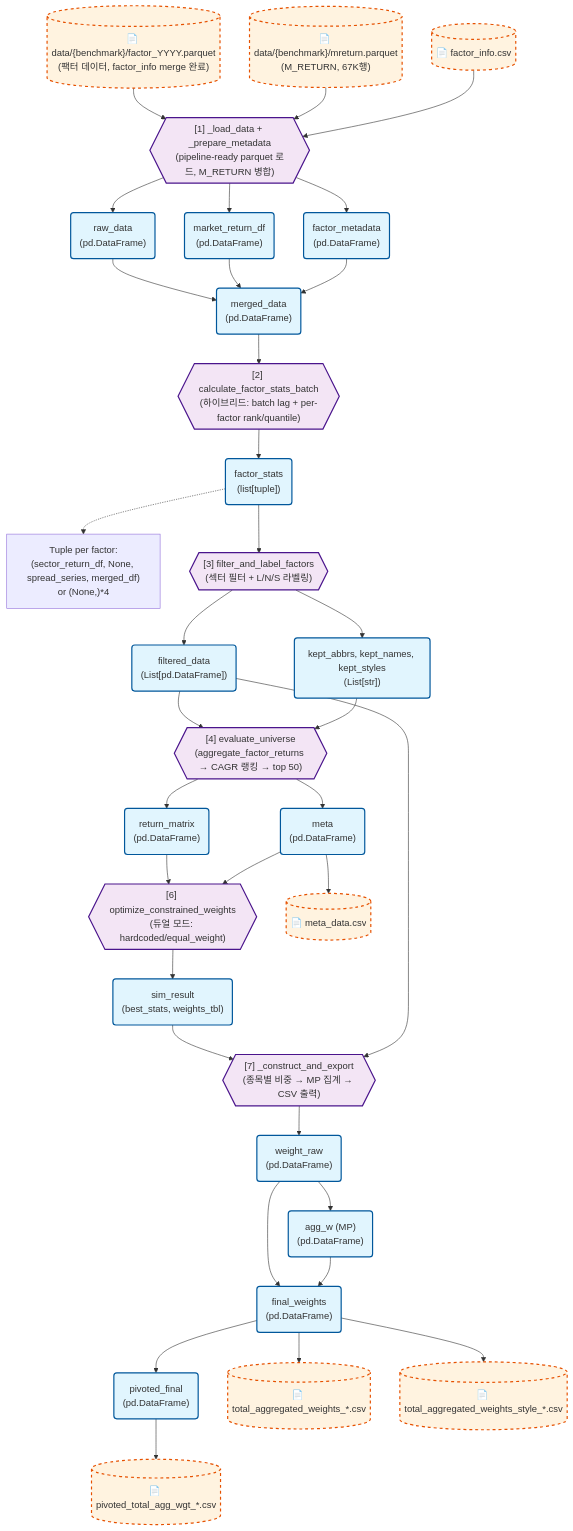
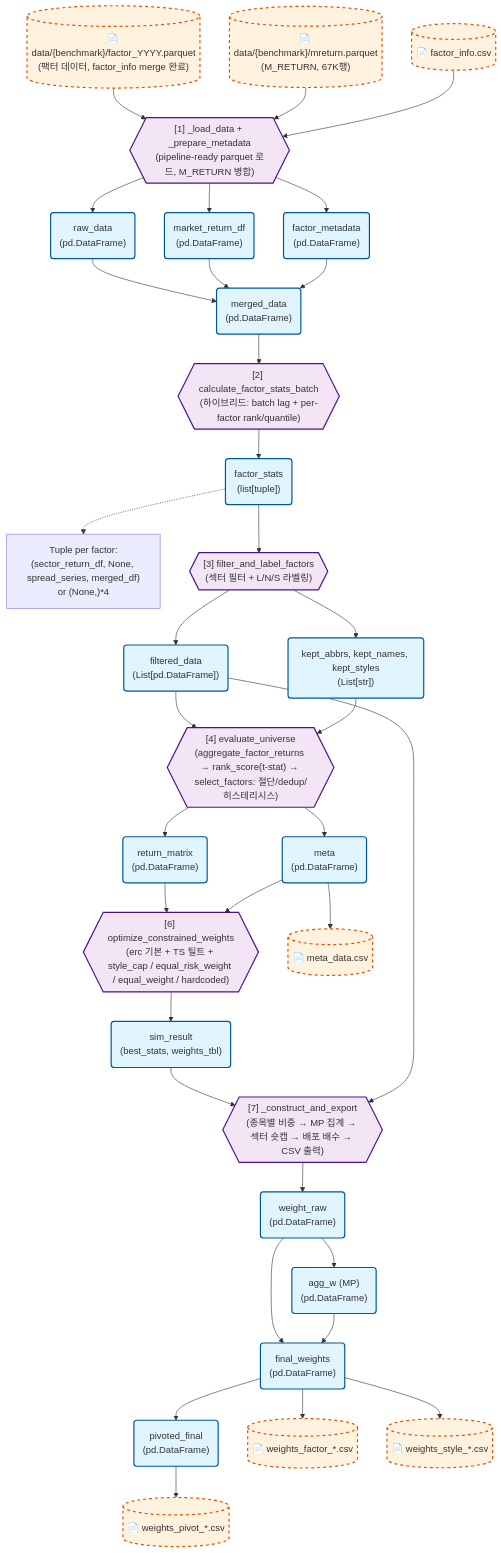
The diagram in docs/VARIABLE_FLOW.md (urhero/QMind), drawn with Mermaid before and after one commit. The commit also changed other lines of this file and 38 other files, not shown here.

```diff
--- a/docs/VARIABLE_FLOW.md
+++ b/docs/VARIABLE_FLOW.md
@@ -50,7 +50,7 @@
     Func_Filter --> Var_KeptLists
 
     %% --- [4] Evaluate Universe ---
-    Func_GenMeta{{"[4] evaluate_universe<br/>(aggregate_factor_returns → CAGR 랭킹 → top 50)"}}:::func
+    Func_GenMeta{{"[4] evaluate_universe<br/>(aggregate_factor_returns → rank_score(t-stat) → select_factors: 절단/dedup/히스테리시스)"}}:::func
     Var_FacRet("return_matrix<br/>(pd.DataFrame)"):::data
     Var_Meta("meta<br/>(pd.DataFrame)"):::data
 
@@ -59,14 +59,14 @@
     Func_GenMeta --> Var_Meta
 
     %% --- [6] Weight Determination ---
-    Func_Sim{{"[6] optimize_constrained_weights<br/>(듀얼 모드: hardcoded/equal_weight)"}}:::func
+    Func_Sim{{"[6] optimize_constrained_weights<br/>(erc 기본 + TS 틸트 + style_cap / equal_risk_weight / equal_weight / hardcoded)"}}:::func
     Var_Res("sim_result<br/>(best_stats, weights_tbl)"):::data
 
     Var_FacRet & Var_Meta --> Func_Sim
     Func_Sim --> Var_Res
 
     %% --- [7] Construct & Export ---
-    Func_Construct{{"[7] _construct_and_export<br/>(종목별 비중 → MP 집계 → CSV 출력)"}}:::func
+    Func_Construct{{"[7] _construct_and_export<br/>(종목별 비중 → MP 집계 → 섹터 숏캡 → 배포 배수 → CSV 출력)"}}:::func
     Var_WeightRaw("weight_raw<br/>(pd.DataFrame)"):::data
     Var_AggW("agg_w (MP)<br/>(pd.DataFrame)"):::data
     Var_FinalWeights("final_weights<br/>(pd.DataFrame)"):::data
@@ -79,9 +79,9 @@
     Var_FinalWeights --> Var_Pivoted
 
     %% --- Files Output ---
-    File_Total[("📄 total_aggregated_weights_*.csv")]:::file
-    File_Style[("📄 total_aggregated_weights_style_*.csv")]:::file
-    File_Pivot[("📄 pivoted_total_agg_wgt_*.csv")]:::file
+    File_Total[("📄 weights_factor_*.csv")]:::file
+    File_Style[("📄 weights_style_*.csv")]:::file
+    File_Pivot[("📄 weights_pivot_*.csv")]:::file
     File_Meta[("📄 meta_data.csv")]:::file
 
     Var_FinalWeights --> File_Total
```
